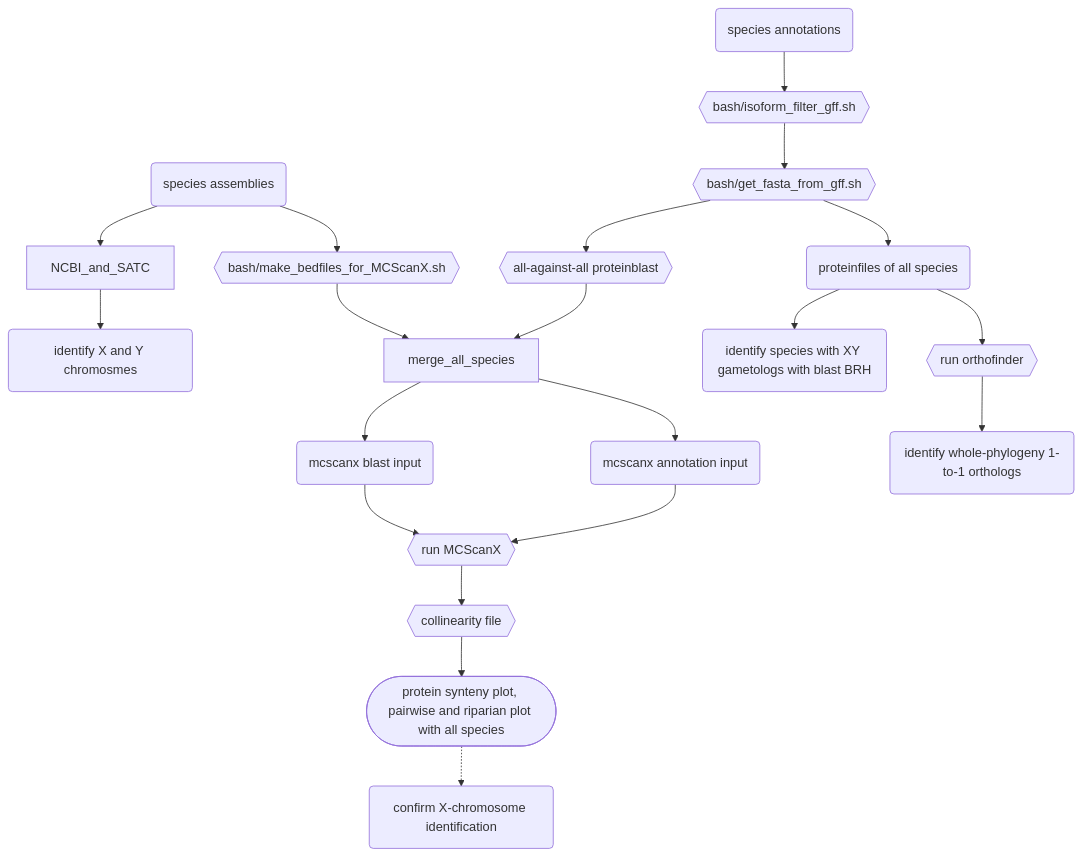
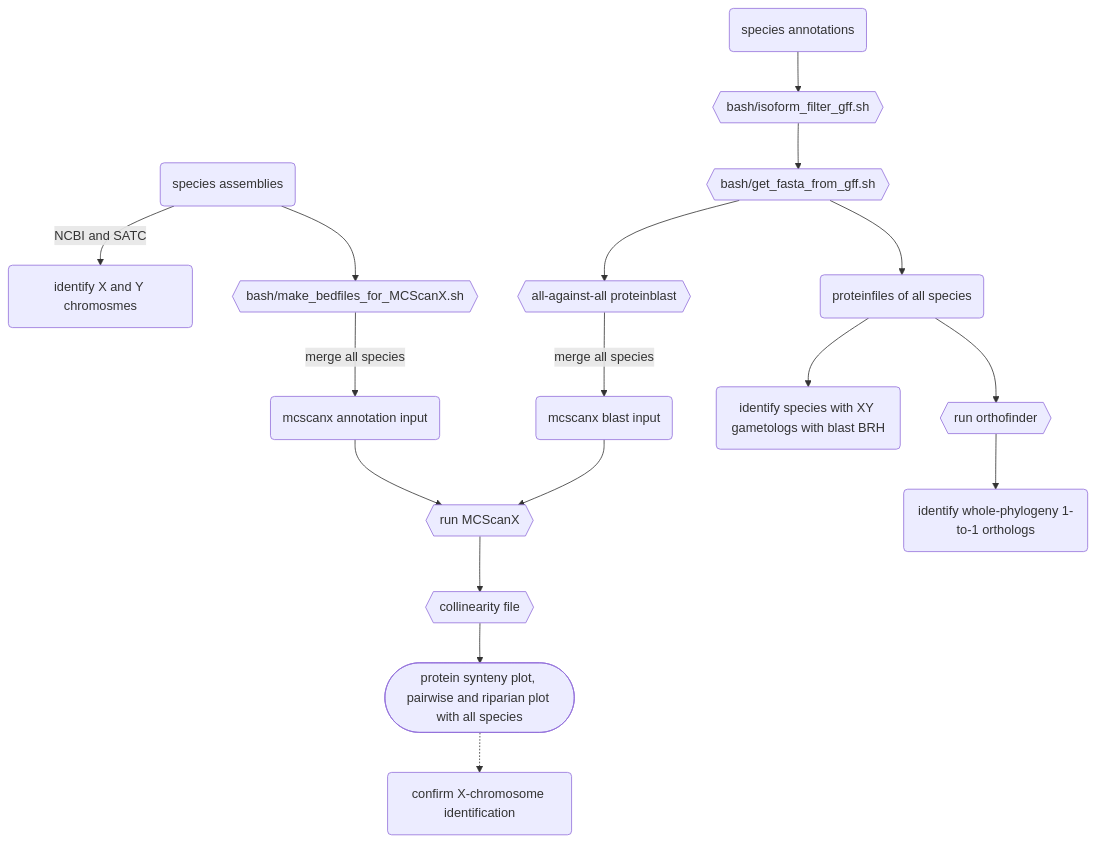
Before and after one commit to milena-t/PhD_chapter3: the diagram in README.md, drawn with Mermaid.

Commit message:
moremermaid

````diff
--- a/README.md
+++ b/README.md
@@ -55,25 +55,25 @@
 ```mermaid
 graph TD;
     species_Ass(species assemblies);
     species_Ass --> simplified_bed{{bash/make_bedfiles_for_MCScanX.sh}};
-    simplified_bed --> merge_all_species --> mcscanx_bed(mcscanx annotation input);
+    simplified_bed -- merge all species --> mcscanx_bed(mcscanx annotation input);
     
     species_Ann(species annotations);
     species_Ann --> is_filter{{bash/isoform_filter_gff.sh}};
     is_filter --> get_prot{{bash/get_fasta_from_gff.sh}};
     get_prot --> protfiles(proteinfiles of all species);
     get_prot --> blast{{all-against-all proteinblast}};
-    blast --> merge_all_species --> mcscanx_blast(mcscanx blast input);
+    blast -- merge all species --> mcscanx_blast(mcscanx blast input);
 
     mcscanx_bed --> run_mcscanx{{run MCScanX}};
     mcscanx_blast --> run_mcscanx
     run_mcscanx --> mcscanx_out{{collinearity file}}
     mcscanx_out --> mcscanx_plot([protein synteny plot, pairwise and riparian plot with all species])
     mcscanx_plot .-> conf_X(confirm X-chromosome identification)
 
-    species_Ass --> NCBI_and_SATC --> XY_chr(identify X and Y chromosmes);
+    species_Ass -- NCBI and SATC --> XY_chr(identify X and Y chromosmes);
     protfiles --> orthofinder{{run orthofinder}};
     orthofinder --> between_species(identify whole-phylogeny 1-to-1 orthologs);
     
     protfiles --> XY_paralogs(identify species with XY gametologs with blast BRH);
 ```   
````
